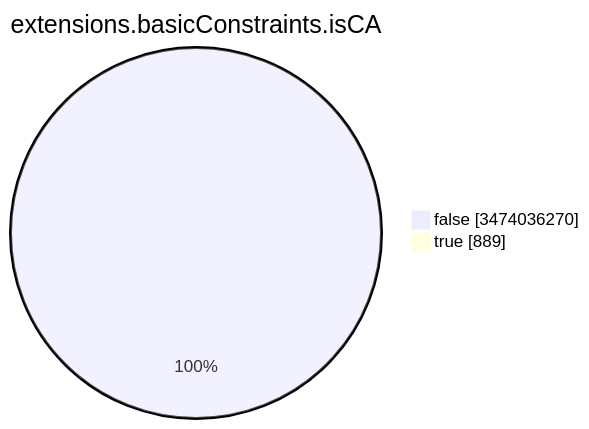
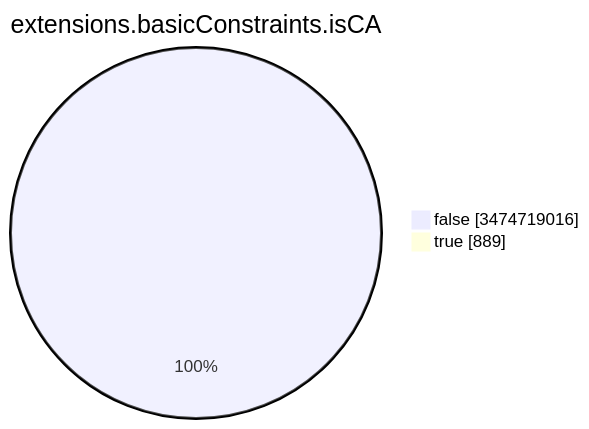
The seventh of 15 diagrams in TOTAL/README.md (christiankrug/ctmonitor_visualization), drawn with Mermaid before and after one commit. The commit also changed other lines of this file, not shown here.

````diff
--- a/TOTAL/README.md
+++ b/TOTAL/README.md
@@ -3093,6 +3093,6 @@
 ```mermaid
 pie showData
 title extensions.basicConstraints.isCA
-"false" :3474036270
+"false" :3474719016
 "true" :889
 ```
````
